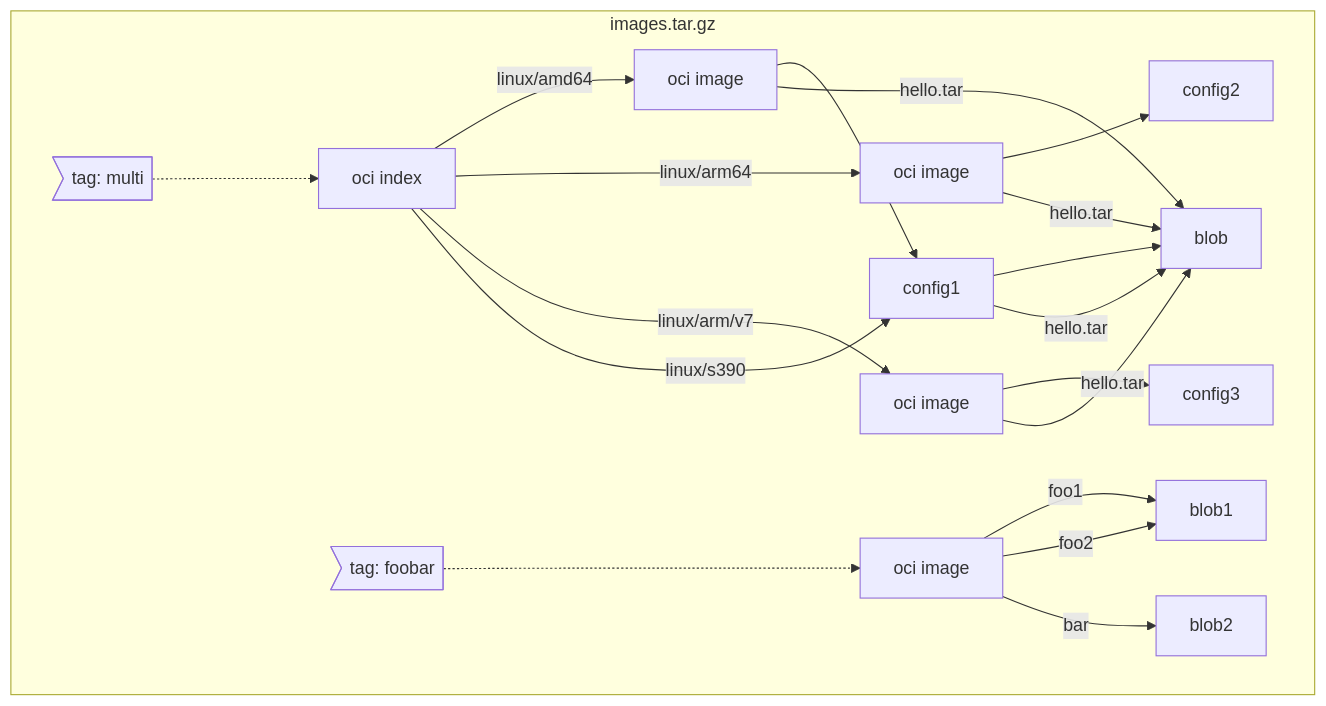
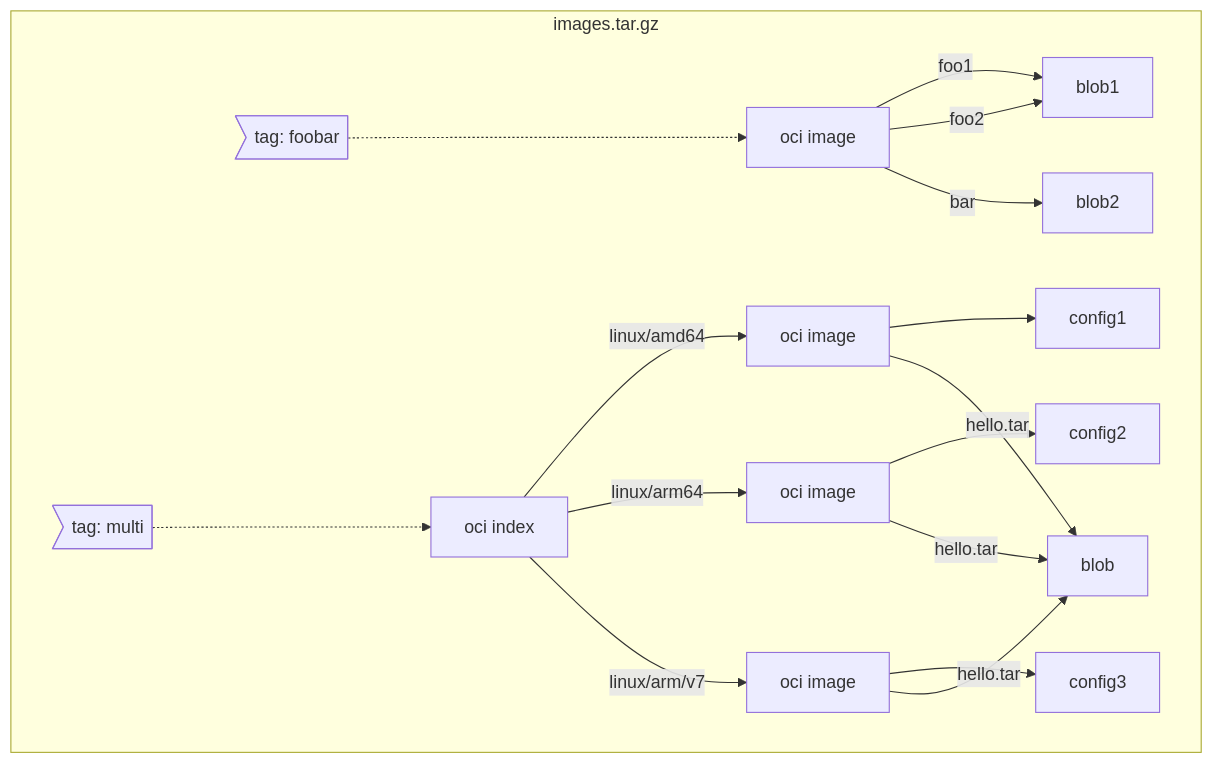
One commit to qweeah/oras changed the diagram in test/e2e/README.md. Above: the diagram before and after it, drawn with Mermaid.

Commit message:
Revert test/e2e/README.md because of this section provides a description for e2e test image and not oras released image in GHCR

````diff
--- a/test/e2e/README.md
+++ b/test/e2e/README.md
@@ -100,23 +100,20 @@
 ```mermaid
 graph TD;
     subgraph images.tar.gz
     A0>tag: multi]-..->A1[oci index]
     A1--linux/amd64-->A2[oci image]
     A1--linux/arm64-->A3[oci image]
     A1--linux/arm/v7-->A4[oci image]
-    A1--linux/s390x-->A5[oci image]
     A2-->A5[config1]
     A3-->A6[config2]
     A4-->A7[config3]
-    A5-->A8[config4]
     A2-- hello.tar -->A8[blob]
     A3-- hello.tar -->A8[blob]
     A4-- hello.tar -->A8[blob]
-    A5-- hello.tar -->A8[blob]
 
     B0>tag: foobar]-..->B1[oci image]
     B1-- foo1 -->B2[blob1]
     B1-- foo2 -->B2[blob1]
     B1-- bar -->B3[blob2]
     end
 ```
````
